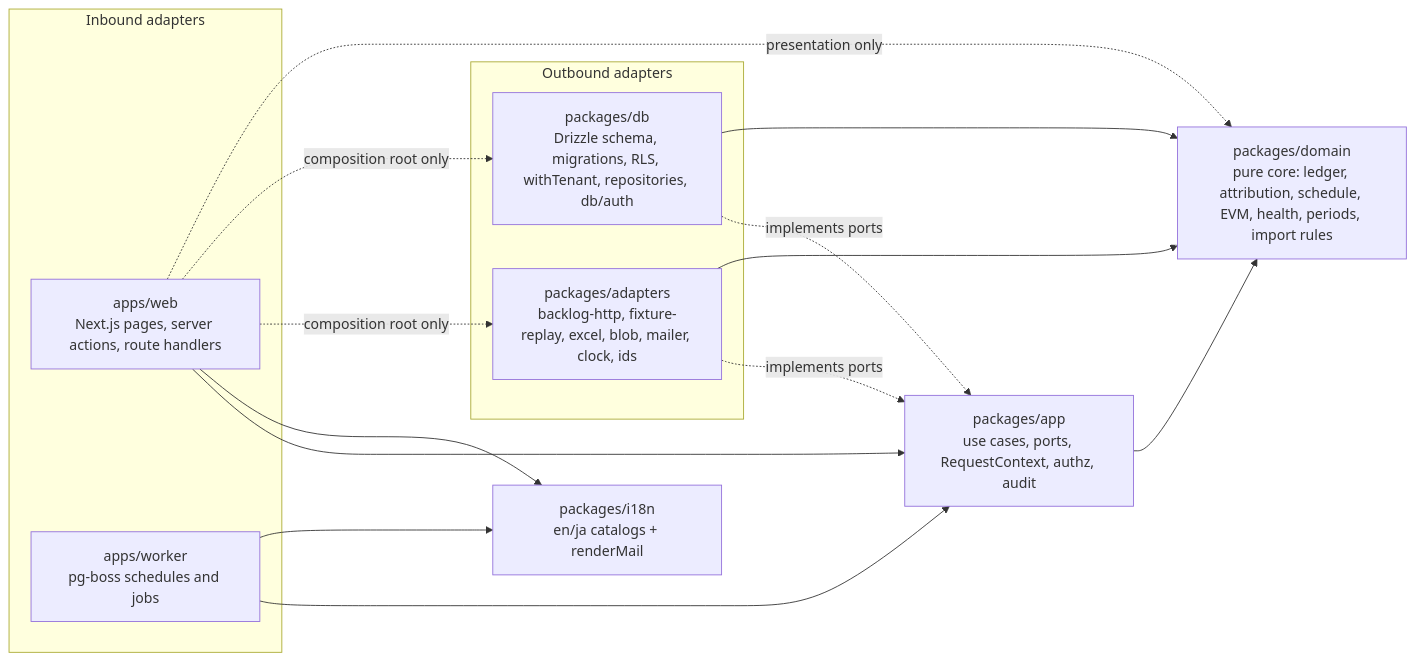
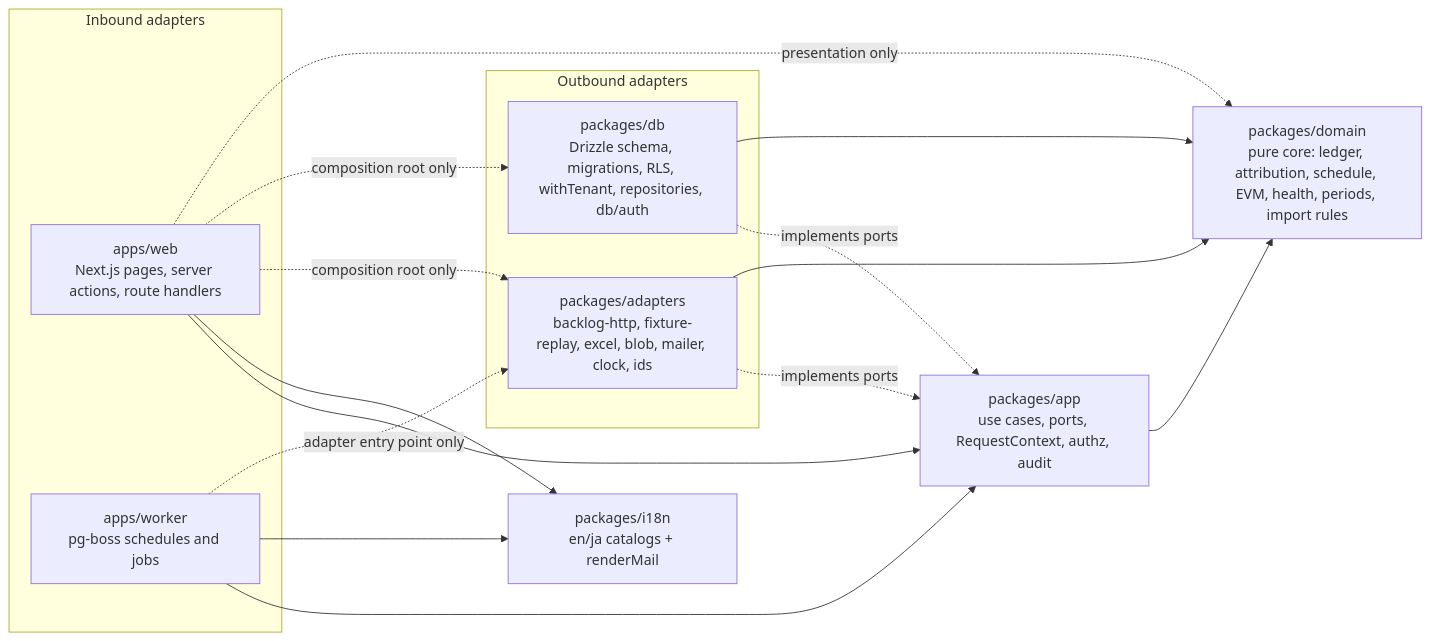
Before and after one commit to hoanghainh1188/momo-keikaku: the first of 6 diagrams in _bmad-output/planning-artifacts/architecture/architecture-momo-keikaku-2026-09-20/ARCHITECTURE-SPINE.md, drawn with Mermaid. The commit also changed other lines of this file and 4 other files, not shown here.

````diff
--- a/_bmad-output/planning-artifacts/architecture/architecture-momo-keikaku-2026-09-20/ARCHITECTURE-SPINE.md
+++ b/_bmad-output/planning-artifacts/architecture/architecture-momo-keikaku-2026-09-20/ARCHITECTURE-SPINE.md
@@ -63,26 +64,27 @@
 ```mermaid
 flowchart LR
   subgraph inbound[Inbound adapters]
     WEB[apps/web<br/>Next.js pages, server actions, route handlers]
     WRK[apps/worker<br/>pg-boss schedules and jobs]
   end
   APP[packages/app<br/>use cases, ports, RequestContext, authz, audit]
   DOM[packages/domain<br/>pure core: ledger, attribution, schedule, EVM, health, periods, import rules]
   I18N[packages/i18n<br/>en/ja catalogs + renderMail]
   subgraph outbound[Outbound adapters]
     DB[packages/db<br/>Drizzle schema, migrations, RLS, withTenant, repositories, db/auth]
     ADP[packages/adapters<br/>backlog-http, fixture-replay, excel, blob, mailer, clock, ids]
   end
   WEB --> APP
   WRK --> APP
   WEB --> I18N
   WEB -. composition root only .-> ADP
   WEB -. composition root only .-> DB
   WEB -. presentation only .-> DOM
   WRK --> I18N
+  WRK -. adapter entry point only .-> ADP
   APP --> DOM
   DB -. implements ports .-> APP
   ADP -. implements ports .-> APP
   DB --> DOM
   ADP --> DOM
 ```
````
